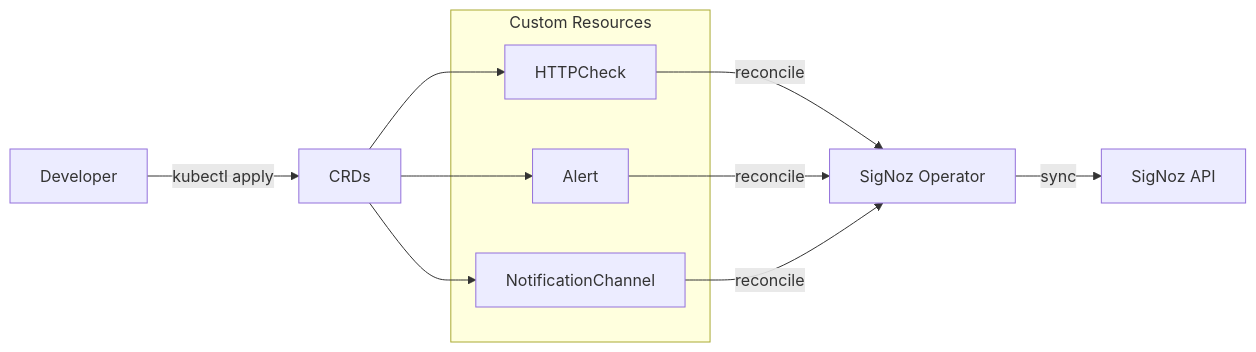
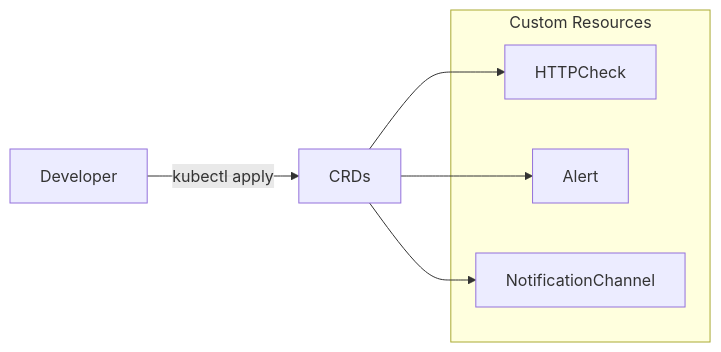
One commit to jomcgi/homelab changed the diagram in projects/platform/signoz-addons/operator/README.md. Above: the diagram before and after it, drawn with Mermaid. The commit also changed other lines of this file and 3 other files, not shown here.

````diff
--- a/projects/platform/signoz-addons/operator/README.md
+++ b/projects/platform/signoz-addons/operator/README.md
@@ -9,18 +9,14 @@
 ```mermaid
 flowchart LR
     User[Developer] -->|kubectl apply| CRDs[CRDs]
 
     subgraph Custom Resources
         HC[HTTPCheck]
         AL[Alert]
         NC[NotificationChannel]
     end
 
     CRDs --> HC
     CRDs --> AL
     CRDs --> NC
-    HC -->|reconcile| Controller[SigNoz Operator]
-    AL -->|reconcile| Controller
-    NC -->|reconcile| Controller
-    Controller -->|sync| SigNoz[SigNoz API]
 ```
````
